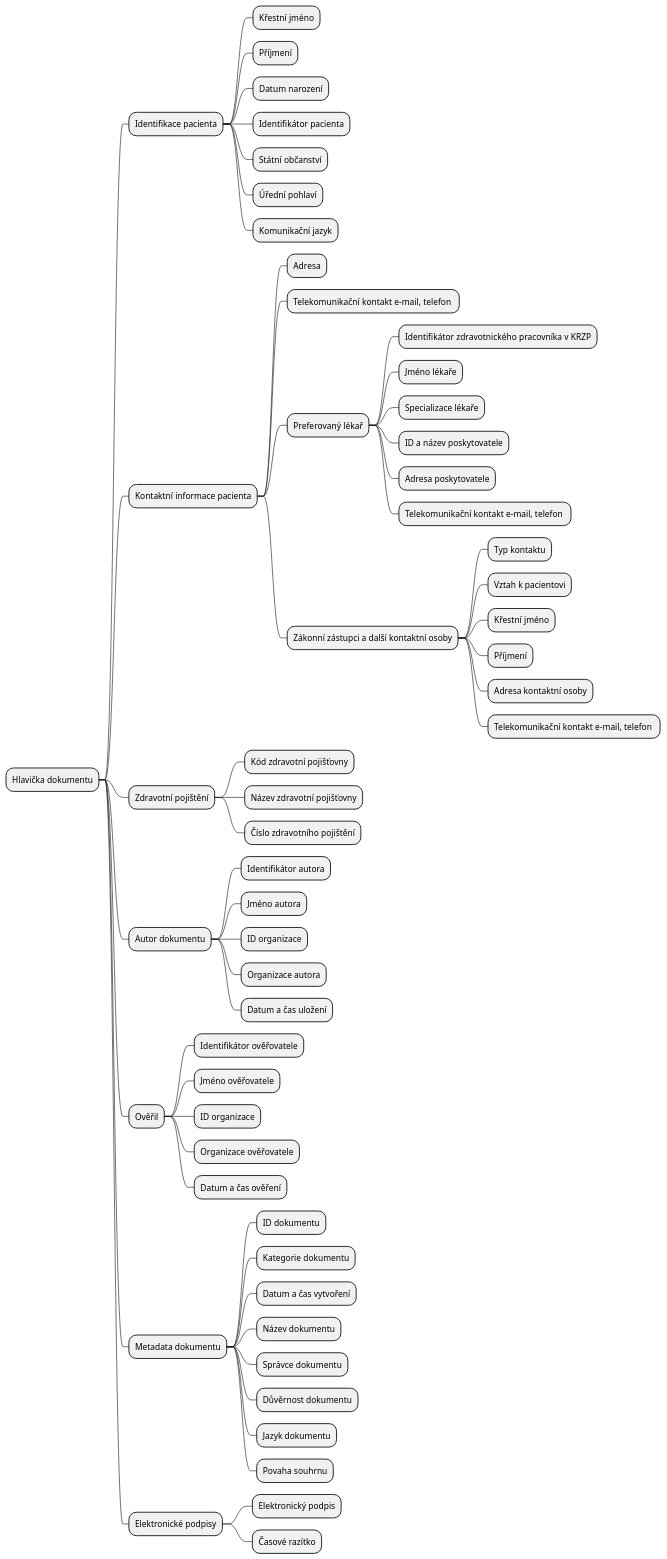
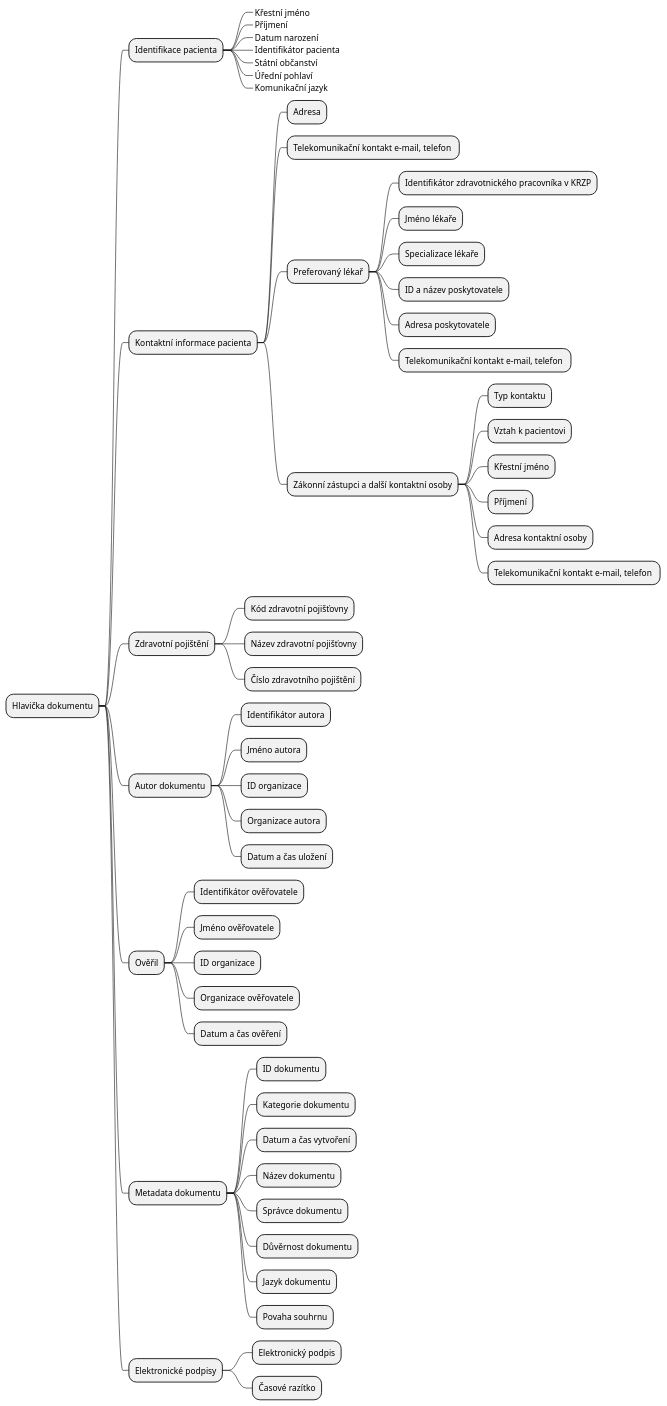
The diagram in input/images-source/ps-header-mindmap-cs.plantuml (HL7-cz/ps), drawn with PlantUML before and after one commit.

Commit message:
header image update

```diff
--- a/input/images-source/ps-header-mindmap-cs.plantuml
+++ b/input/images-source/ps-header-mindmap-cs.plantuml
@@ -1,56 +1,56 @@
 @startmindmap PS-myslenkova_mapa_hlavicka
 * Hlavička dokumentu
 ** Identifikace pacienta
-*** Křestní jméno
-*** Příjmení
-*** Datum narození
-*** Identifikátor pacienta
-*** Státní občanství
-*** Úřední pohlaví
-*** Komunikační jazyk
+***_ Křestní jméno
+***_ Příjmení
+***_ Datum narození
+***_ Identifikátor pacienta
+***_ Státní občanství
+***_ Úřední pohlaví
+***_ Komunikační jazyk
 ** Kontaktní informace pacienta
 *** Adresa
 *** Telekomunikační kontakt e-mail, telefon 
 *** Preferovaný lékař
 **** Identifikátor zdravotnického pracovníka v KRZP
 **** Jméno lékaře
 **** Specializace lékaře
 **** ID a název poskytovatele
 **** Adresa poskytovatele
 **** Telekomunikační kontakt e-mail, telefon 
 *** Zákonní zástupci a další kontaktní osoby
 **** Typ kontaktu
 **** Vztah k pacientovi
 **** Křestní jméno
 **** Příjmení
 **** Adresa kontaktní osoby
 **** Telekomunikační kontakt e-mail, telefon 
 ** Zdravotní pojištění
 *** Kód zdravotní pojišťovny
 *** Název zdravotní pojišťovny
 *** Číslo zdravotního pojištění
 ** Autor dokumentu
 *** Identifikátor autora
 *** Jméno autora
 *** ID organizace
 *** Organizace autora
 *** Datum a čas uložení
 ** Ověřil
 *** Identifikátor ověřovatele
 *** Jméno ověřovatele
 *** ID organizace
 *** Organizace ověřovatele
 *** Datum a čas ověření
 ** Metadata dokumentu
 *** ID dokumentu
 *** Kategorie dokumentu
 *** Datum a čas vytvoření
 *** Název dokumentu
 *** Správce dokumentu
 *** Důvěrnost dokumentu
 *** Jazyk dokumentu
 *** Povaha souhrnu
 ** Elektronické podpisy
 *** Elektronický podpis
 *** Časové razítko
 @endmindmap
```
